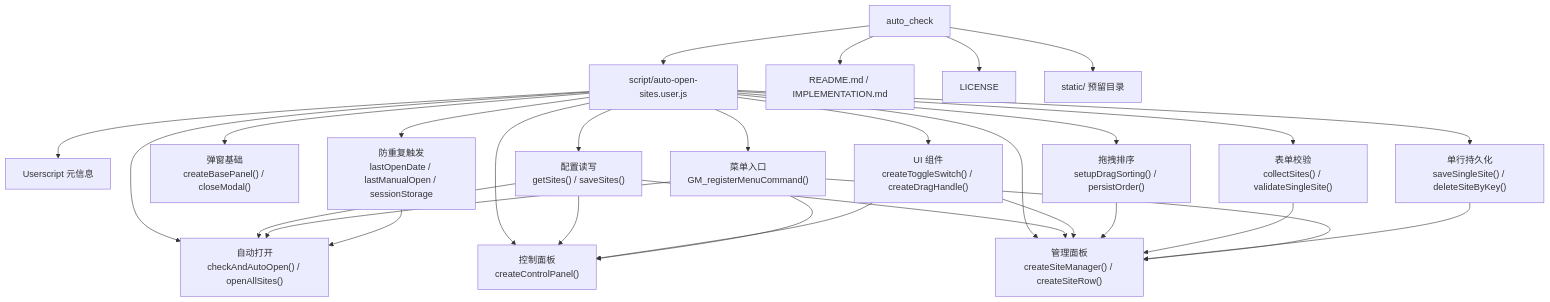
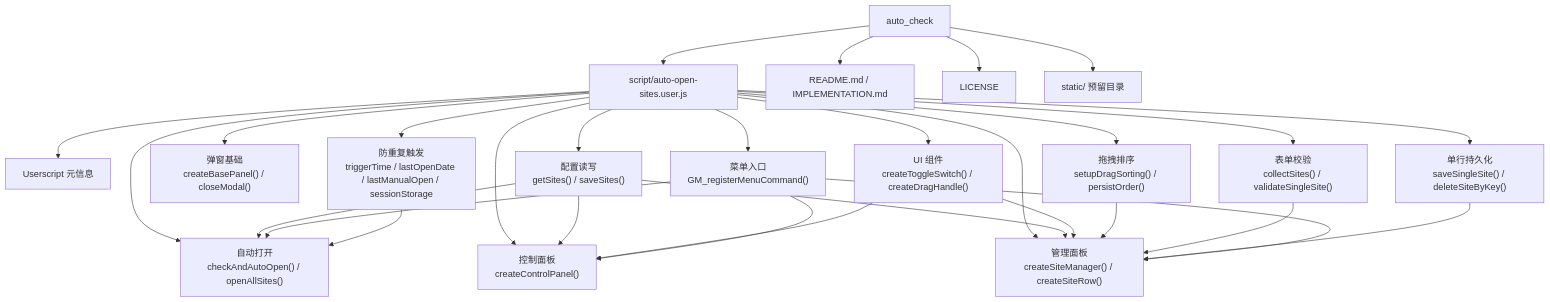
The diagram in IMPLEMENTATION.md (ldm0715/dailyOpenSites), drawn with Mermaid before and after one commit. The commit also changed other lines of this file and 2 other files, not shown here.

First line of the commit message:
feat(auto-open): add configurable daily trigger time

````diff
--- a/IMPLEMENTATION.md
+++ b/IMPLEMENTATION.md
@@ -68,34 +68,34 @@
 ```mermaid
 flowchart TD
     Root["auto_check"]
     Root --> Script["script/auto-open-sites.user.js"]
     Root --> Docs["README.md / IMPLEMENTATION.md"]
     Root --> License["LICENSE"]
     Root --> Static["static/ 预留目录"]
 
     Script --> Meta["Userscript 元信息"]
     Script --> Storage["配置读写<br/>getSites() / saveSites()"]
     Script --> Auto["自动打开<br/>checkAndAutoOpen() / openAllSites()"]
     Script --> Modal["弹窗基础<br/>createBasePanel() / closeModal()"]
     Script --> Control["控制面板<br/>createControlPanel()"]
     Script --> Manager["管理面板<br/>createSiteManager() / createSiteRow()"]
     Script --> UI["UI 组件<br/>createToggleSwitch() / createDragHandle()"]
     Script --> Drag["拖拽排序<br/>setupDragSorting() / persistOrder()"]
     Script --> Validate["表单校验<br/>collectSites() / validateSingleSite()"]
     Script --> RowPersist["单行持久化<br/>saveSingleSite() / deleteSiteByKey()"]
     Script --> Menu["菜单入口<br/>GM_registerMenuCommand()"]
-    Script --> Guard["防重复触发<br/>lastOpenDate / lastManualOpen / sessionStorage"]
+    Script --> Guard["防重复触发<br/>triggerTime / lastOpenDate / lastManualOpen / sessionStorage"]
 
     Storage --> Auto
     Storage --> Control
     Storage --> Manager
     UI --> Control
     UI --> Manager
     Drag --> Manager
     Validate --> Manager
     RowPersist --> Manager
     Menu --> Control
     Menu --> Manager
     Menu --> Auto
     Guard --> Auto
 ```
````
